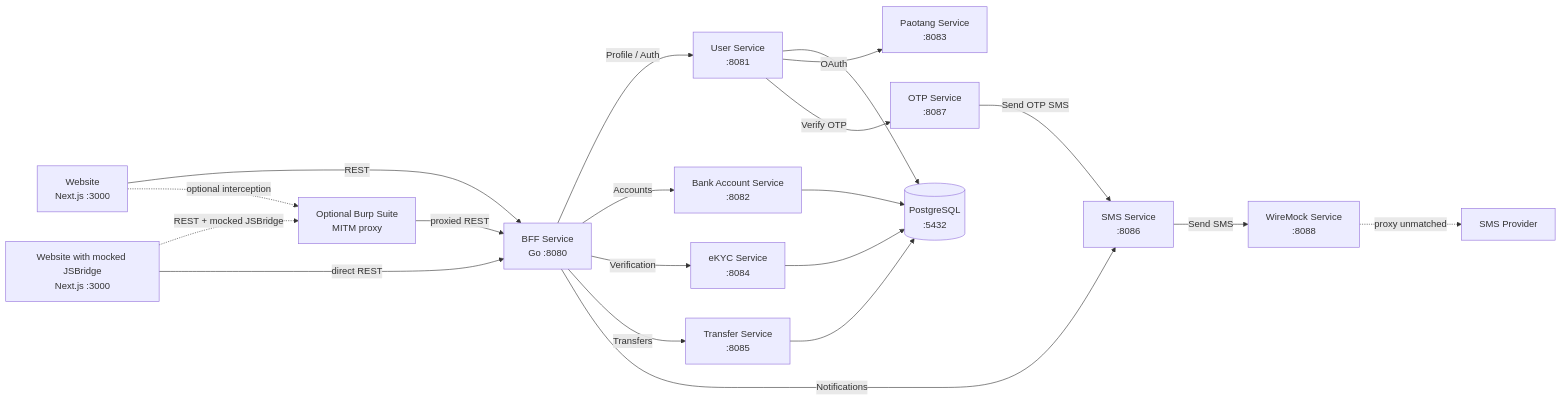
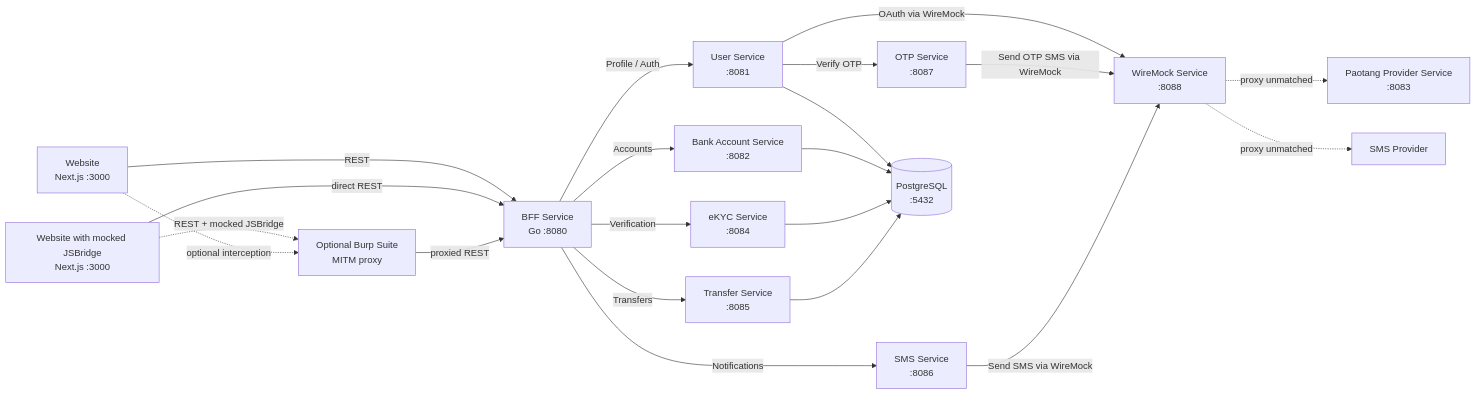
The first of 3 diagrams in SYSTEM-ARCHITECTURE.md (SiwakornSitti/ultra-smoooooth-testing), drawn with Mermaid before and after one commit. The commit also changed other lines of this file, not shown here.

Commit message:
docs: enforce WireMock proxy rule between core services and provider services in architecture documentation

````diff
--- a/SYSTEM-ARCHITECTURE.md
+++ b/SYSTEM-ARCHITECTURE.md
@@ -14,43 +14,44 @@
 ```mermaid
 flowchart LR
     Browser[Website\nNext.js :3000]
     BridgeWebsite[Website with mocked JSBridge\nNext.js :3000]
     Burp[Optional Burp Suite\nMITM proxy]
     BFF[BFF Service\nGo :8080]
 
     User[User Service\n:8081]
     Account[Bank Account Service\n:8082]
     EKYC[eKYC Service\n:8084]
     Transfer[Transfer Service\n:8085]
     SMS[SMS Service\n:8086]
     OTP[OTP Service\n:8087]
-    PaotangSvc[Paotang Service\n:8083]
+    PaotangSvc[Paotang Provider Service\n:8083]
 
     DB[(PostgreSQL\n:5432)]
     WireMock[WireMock Service\n:8088]
     SMSProvider[SMS Provider]
 
     Browser -->|REST| BFF
     BridgeWebsite -.->|REST + mocked JSBridge| Burp
     BridgeWebsite -->|direct REST| BFF
     Burp -->|proxied REST| BFF
     Browser -.->|optional interception| Burp
 
     BFF -->|Profile / Auth| User
     BFF -->|Accounts| Account
     BFF -->|Verification| EKYC
     BFF -->|Transfers| Transfer
     BFF -->|Notifications| SMS
 
     User --> DB
     Account --> DB
     EKYC --> DB
     Transfer --> DB
 
-    User -->|OAuth| PaotangSvc
     User -->|Verify OTP| OTP
-    OTP -->|Send OTP SMS| SMS
+    User -->|OAuth via WireMock| WireMock
+    OTP -->|Send OTP SMS via WireMock| WireMock
+    SMS -->|Send SMS via WireMock| WireMock
 
-    SMS -->|Send SMS| WireMock
+    WireMock -.->|proxy unmatched| PaotangSvc
     WireMock -.->|proxy unmatched| SMSProvider
 ```
````
